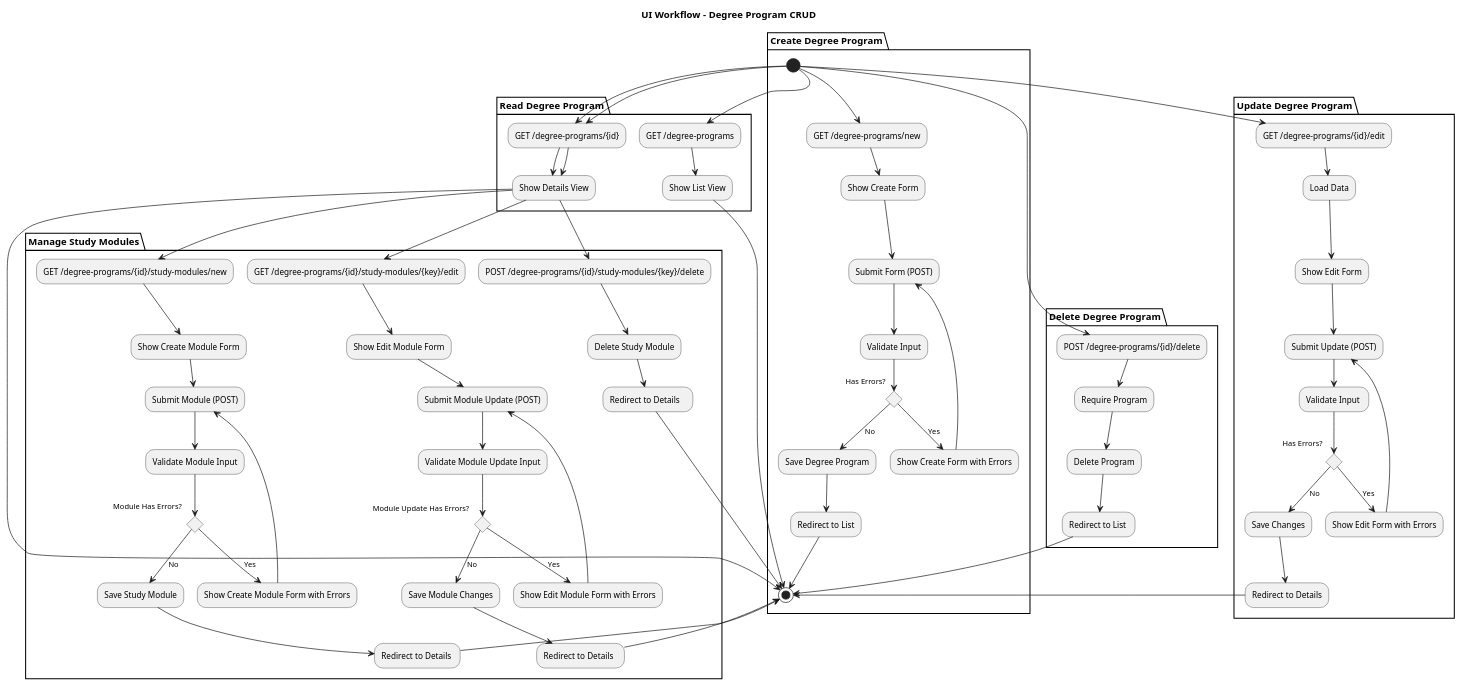
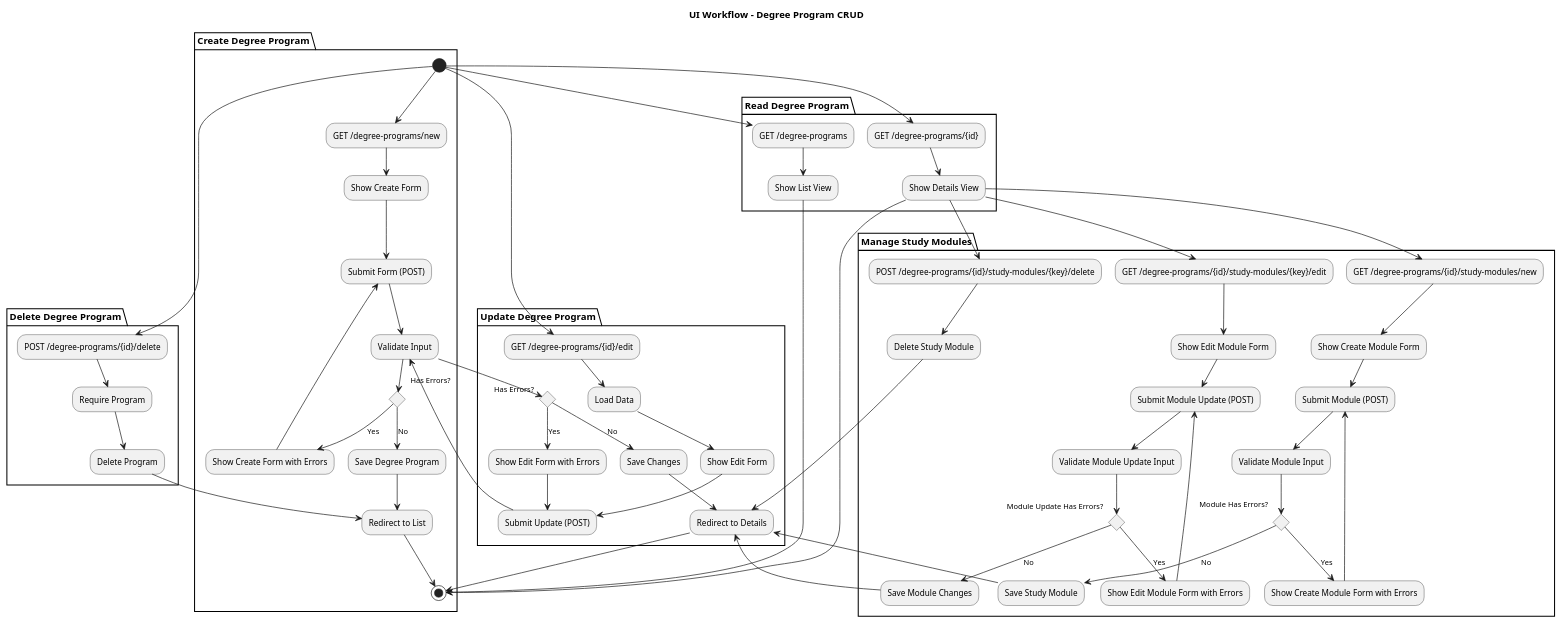
Before and after one commit to Ginimo/Studyplanner: the diagram in docs/diagrams/ui_workflow.puml, drawn with PlantUML.

Commit message:
remove redundant arrows

```diff
--- a/docs/diagrams/ui_workflow.puml
+++ b/docs/diagrams/ui_workflow.puml
@@ -1,89 +1,83 @@
 @startuml
 skinparam style strictuml
 title UI Workflow - Degree Program CRUD
 
 partition "Create Degree Program" {
     (*) --> "GET /degree-programs/new"
     "GET /degree-programs/new" --> "Show Create Form"
     "Show Create Form" --> "Submit Form (POST)"
     "Submit Form (POST)" --> "Validate Input"
     if "Has Errors?" then
         -->[Yes] "Show Create Form with Errors"
         "Show Create Form with Errors" --> "Submit Form (POST)"
     else
         -->[No] "Save Degree Program"
         "Save Degree Program" --> "Redirect to List"
         "Redirect to List" --> (*)
     endif
 }
 
 partition "Read Degree Program" {
     (*) --> "GET /degree-programs"
     "GET /degree-programs" --> "Show List View"
     "Show List View" --> (*)
     
     (*) --> "GET /degree-programs/{id}"
     "GET /degree-programs/{id}" --> "Show Details View"
     "Show Details View" --> (*)
 }
 
 partition "Update Degree Program" {
     (*) --> "GET /degree-programs/{id}/edit"
     "GET /degree-programs/{id}/edit" --> "Load Data"
     "Load Data" --> "Show Edit Form"
     "Show Edit Form" --> "Submit Update (POST)"
-    "Submit Update (POST)" --> "Validate Input "
-    if "Has Errors? " then
+    "Submit Update (POST)" --> "Validate Input"
+    if "Has Errors?" then
         -->[Yes] "Show Edit Form with Errors"
         "Show Edit Form with Errors" --> "Submit Update (POST)"
     else
         -->[No] "Save Changes"
         "Save Changes" --> "Redirect to Details"
         "Redirect to Details" --> (*)
     endif
 }
 
 partition "Delete Degree Program" {
     (*) --> "POST /degree-programs/{id}/delete"
     "POST /degree-programs/{id}/delete" --> "Require Program"
     "Require Program" --> "Delete Program"
-    "Delete Program" --> "Redirect to List "
-    "Redirect to List " --> (*)
+    "Delete Program" --> "Redirect to List"
 }
 
 partition "Manage Study Modules" {
-    (*) --> "GET /degree-programs/{id}"
-    "GET /degree-programs/{id}" --> "Show Details View"
     "Show Details View" --> "GET /degree-programs/{id}/study-modules/new"
     "GET /degree-programs/{id}/study-modules/new" --> "Show Create Module Form"
     "Show Create Module Form" --> "Submit Module (POST)"
     "Submit Module (POST)" --> "Validate Module Input"
     if "Module Has Errors?" then
         -->[Yes] "Show Create Module Form with Errors"
         "Show Create Module Form with Errors" --> "Submit Module (POST)"
     else
         -->[No] "Save Study Module"
-        "Save Study Module" --> "Redirect to Details "
-        "Redirect to Details " --> (*)
+        "Save Study Module" --> "Redirect to Details"
     endif
 
     "Show Details View" --> "GET /degree-programs/{id}/study-modules/{key}/edit"
     "GET /degree-programs/{id}/study-modules/{key}/edit" --> "Show Edit Module Form"
     "Show Edit Module Form" --> "Submit Module Update (POST)"
     "Submit Module Update (POST)" --> "Validate Module Update Input"
     if "Module Update Has Errors?" then
         -->[Yes] "Show Edit Module Form with Errors"
         "Show Edit Module Form with Errors" --> "Submit Module Update (POST)"
     else
         -->[No] "Save Module Changes"
-        "Save Module Changes" --> "Redirect to Details  "
-        "Redirect to Details  " --> (*)
+        "Save Module Changes" --> "Redirect to Details"
     endif
 
     "Show Details View" --> "POST /degree-programs/{id}/study-modules/{key}/delete"
     "POST /degree-programs/{id}/study-modules/{key}/delete" --> "Delete Study Module"
-    "Delete Study Module" --> "Redirect to Details   "
-    "Redirect to Details   " --> (*)
+    "Delete Study Module" --> "Redirect to Details"
 }
 
 @enduml
```
